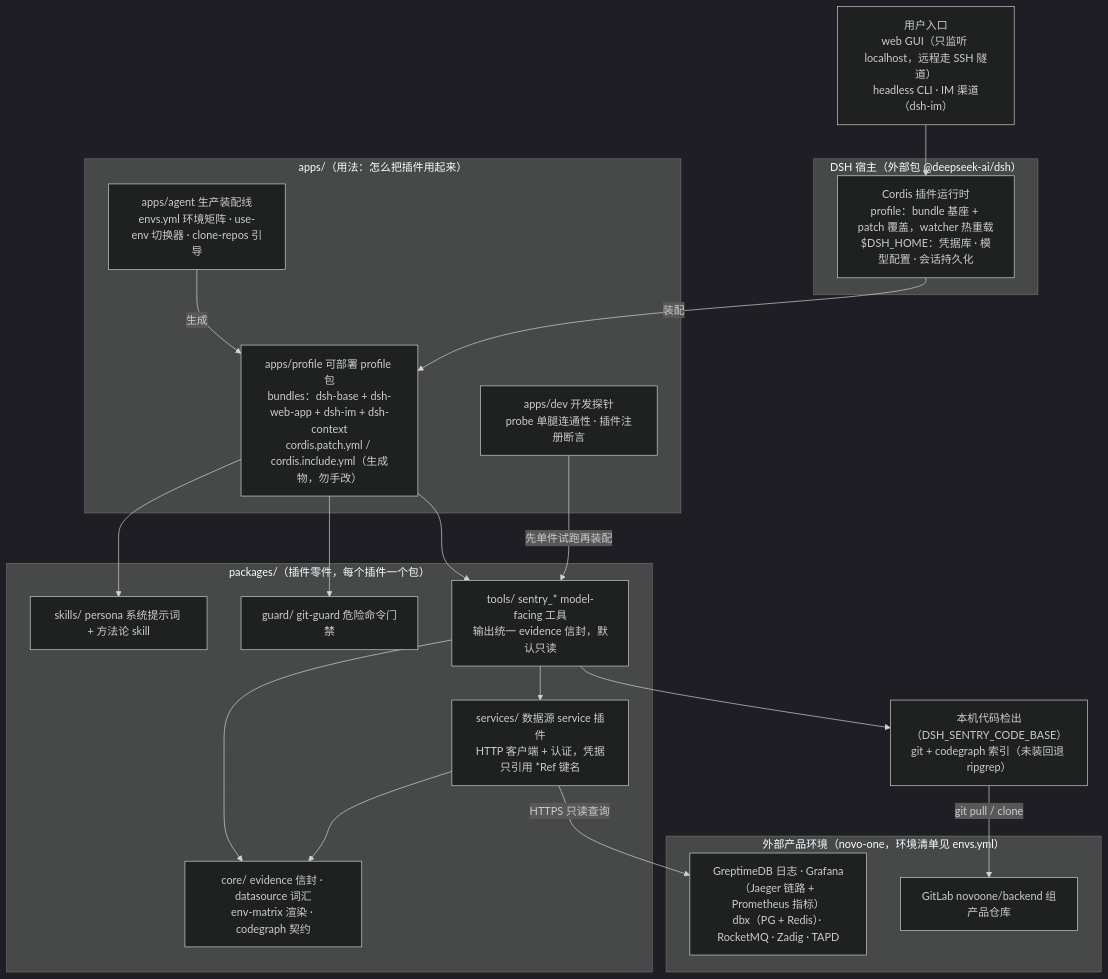
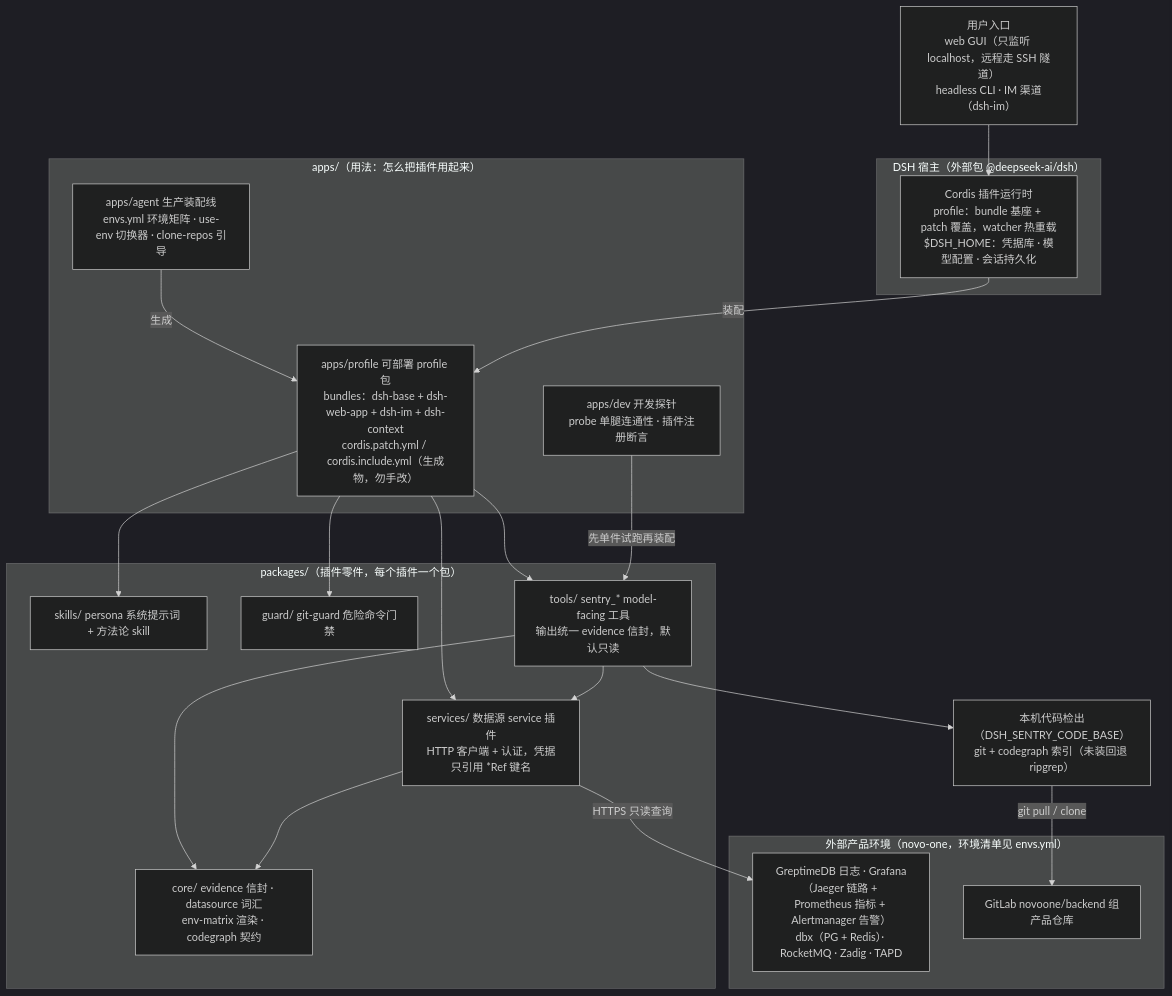
Before and after one commit to lynn-hector/endurance-sage: the first of 3 diagrams in docs/architecture/overview.md, drawn with Mermaid (dark theme). The commit also changed 1 other file, not shown here.

Commit message:
docs: 架构图勘误与平台服务映射补录
- overview：Grafana 框补 Alertmanager 告警源；profile 装配边补 services
  （服务插件同为 profile 直装，原图漏画）
- alert-analysis：服务名三方映射补 Java 平台服务——Zadig 模块
  novo-one/platform 对应仓库 novo-platform-backend（代码检索的 repo 参数
  用仓库名，勿传模块名/服务名）

````diff
--- a/docs/architecture/overview.md
+++ b/docs/architecture/overview.md
@@ -27,41 +27,41 @@
 ```mermaid
 flowchart TB
     entry["用户入口<br/>web GUI（只监听 localhost，远程走 SSH 隧道）<br/>headless CLI · IM 渠道（dsh-im）"]
 
     subgraph HOST["DSH 宿主（外部包 @deepseek-ai/dsh）"]
         runtime["Cordis 插件运行时<br/>profile：bundle 基座 + patch 覆盖，watcher 热重载<br/>$DSH_HOME：凭据库 · 模型配置 · 会话持久化"]
     end
 
     subgraph APPS["apps/（用法：怎么把插件用起来）"]
         agent["apps/agent 生产装配线<br/>envs.yml 环境矩阵 · use-env 切换器 · clone-repos 引导"]
         profile["apps/profile 可部署 profile 包<br/>bundles：dsh-base + dsh-web-app + dsh-im + dsh-context<br/>cordis.patch.yml / cordis.include.yml（生成物，勿手改）"]
         dev["apps/dev 开发探针<br/>probe 单腿连通性 · 插件注册断言"]
     end
 
     subgraph PLUGINS["packages/（插件零件，每个插件一个包）"]
         skills["skills/ persona 系统提示词 + 方法论 skill"]
         guard["guard/ git-guard 危险命令门禁"]
         tools["tools/ sentry_* model-facing 工具<br/>输出统一 evidence 信封，默认只读"]
         services["services/ 数据源 service 插件<br/>HTTP 客户端 + 认证，凭据只引用 *Ref 键名"]
         core["core/ evidence 信封 · datasource 词汇<br/>env-matrix 渲染 · codegraph 契约"]
     end
 
     subgraph TARGET["外部产品环境（novo-one，环境清单见 envs.yml）"]
-        obs["GreptimeDB 日志 · Grafana（Jaeger 链路 + Prometheus 指标）<br/>dbx（PG + Redis）· RocketMQ · Zadig · TAPD"]
+        obs["GreptimeDB 日志 · Grafana（Jaeger 链路 + Prometheus 指标 + Alertmanager 告警）<br/>dbx（PG + Redis）· RocketMQ · Zadig · TAPD"]
         gitlab["GitLab novoone/backend 组产品仓库"]
     end
 
     local["本机代码检出（DSH_SENTRY_CODE_BASE）<br/>git + codegraph 索引（未装回退 ripgrep）"]
 
     entry --> runtime
     agent -->|生成| profile
     runtime -->|装配| profile
-    profile --> skills & guard & tools
+    profile --> skills & guard & tools & services
     tools --> services
     tools --> core
     services --> core
     services -->|HTTPS 只读查询| obs
     tools --> local
     local -->|git pull / clone| gitlab
     dev -->|先单件试跑再装配| tools
 ```
````
